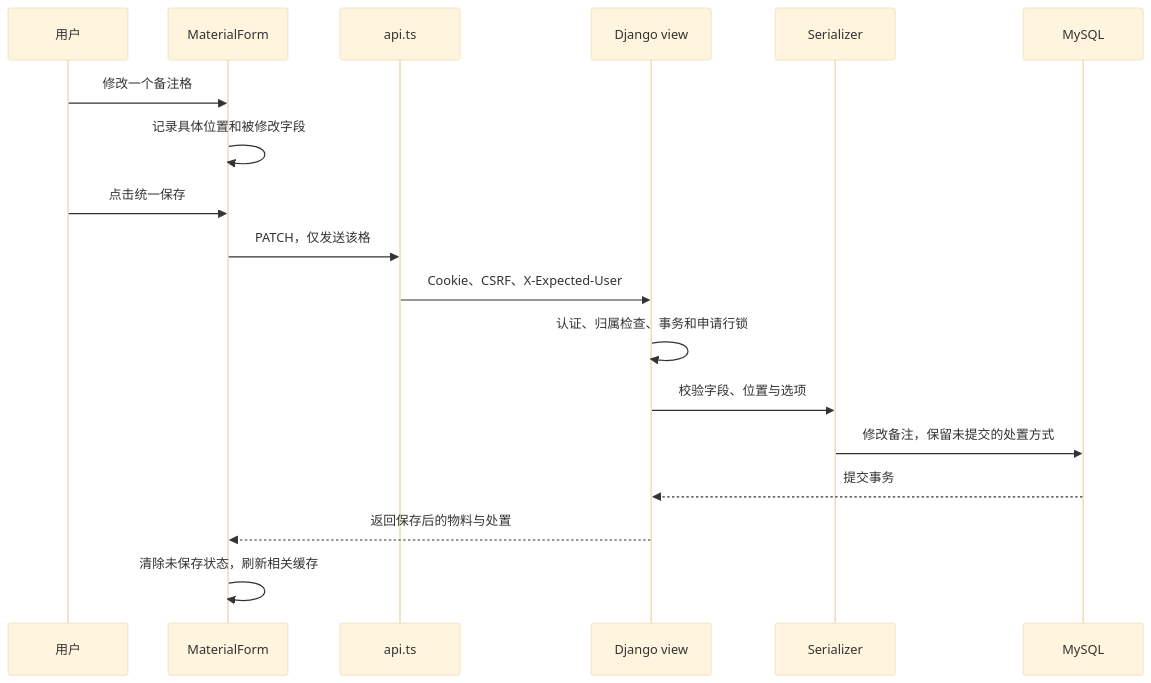
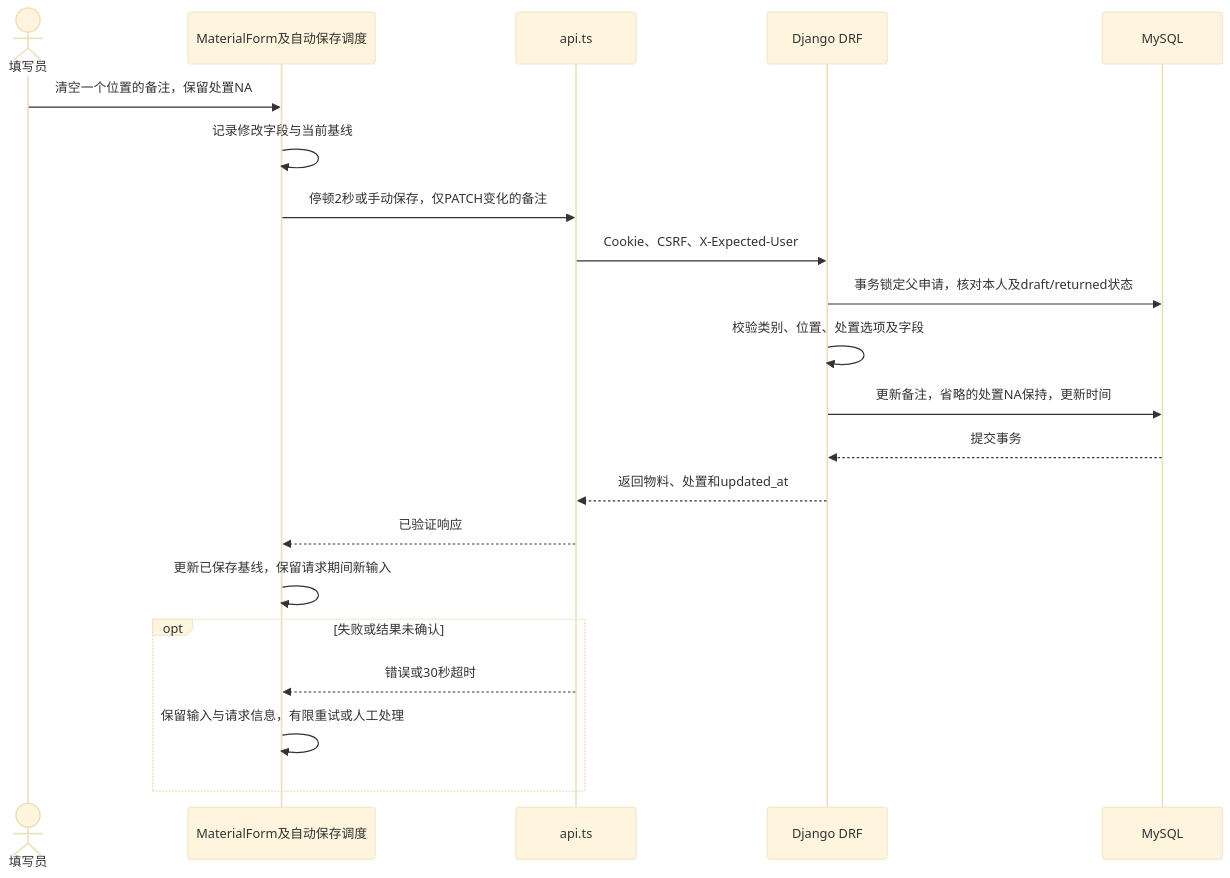
The second of 2 diagrams in docs/PROJECT_GUIDE.md (jack1415926/form-filling-system), drawn with Mermaid (base theme) before and after one commit. The commit also changed other lines of this file and 26 other files, not shown here.

Commit message:
docs: refresh delivery status and current design diagrams

````diff
--- a/docs/PROJECT_GUIDE.md
+++ b/docs/PROJECT_GUIDE.md
@@ -140,20 +140,23 @@
 ```mermaid
 sequenceDiagram
-    participant U as 用户
-    participant F as MaterialForm
+    actor U as 填写员
+    participant F as MaterialForm及自动保存调度
     participant A as api.ts
-    participant V as Django view
-    participant S as Serializer
+    participant V as Django DRF
     participant D as MySQL
-    U->>F: 修改一个备注格
-    F->>F: 记录具体位置和被修改字段
-    U->>F: 点击统一保存
-    F->>A: PATCH，仅发送该格
+    U->>F: 清空一个位置的备注，保留处置NA
+    F->>F: 记录修改字段与当前基线
+    F->>A: 停顿2秒或手动保存，仅PATCH变化的备注
     A->>V: Cookie、CSRF、X-Expected-User
-    V->>V: 认证、归属检查、事务和申请行锁
-    V->>S: 校验字段、位置与选项
-    S->>D: 修改备注，保留未提交的处置方式
+    V->>D: 事务锁定父申请，核对本人及draft/returned状态
+    V->>V: 校验类别、位置、处置选项及字段
+    V->>D: 更新备注，省略的处置NA保持，更新时间
     D-->>V: 提交事务
-    V-->>F: 返回保存后的物料与处置
-    F->>F: 清除未保存状态，刷新相关缓存
+    V-->>A: 返回物料、处置和updated_at
+    A-->>F: 已验证响应
+    F->>F: 更新已保存基线，保留请求期间新输入
+    opt 失败或结果未确认
+        A-->>F: 错误或30秒超时
+        F->>F: 保留输入与请求信息，有限重试或人工处理
+    end
 ```
````
